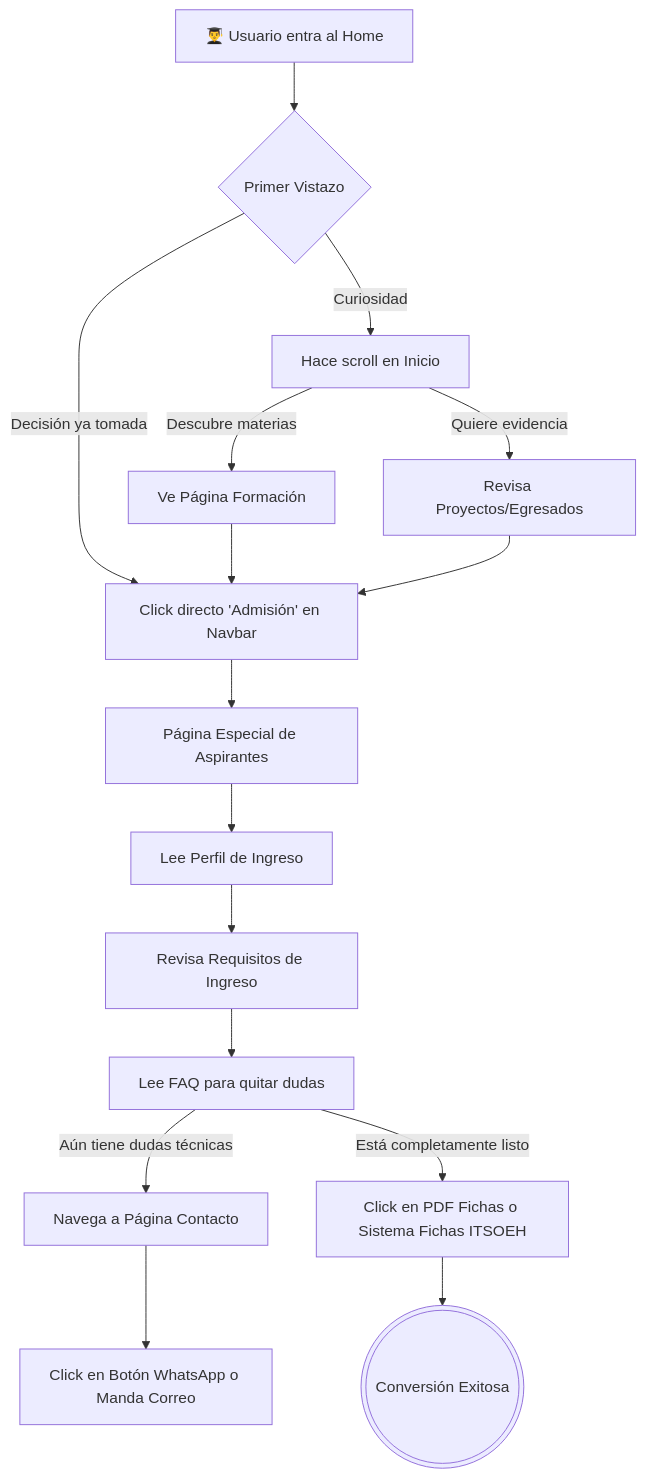
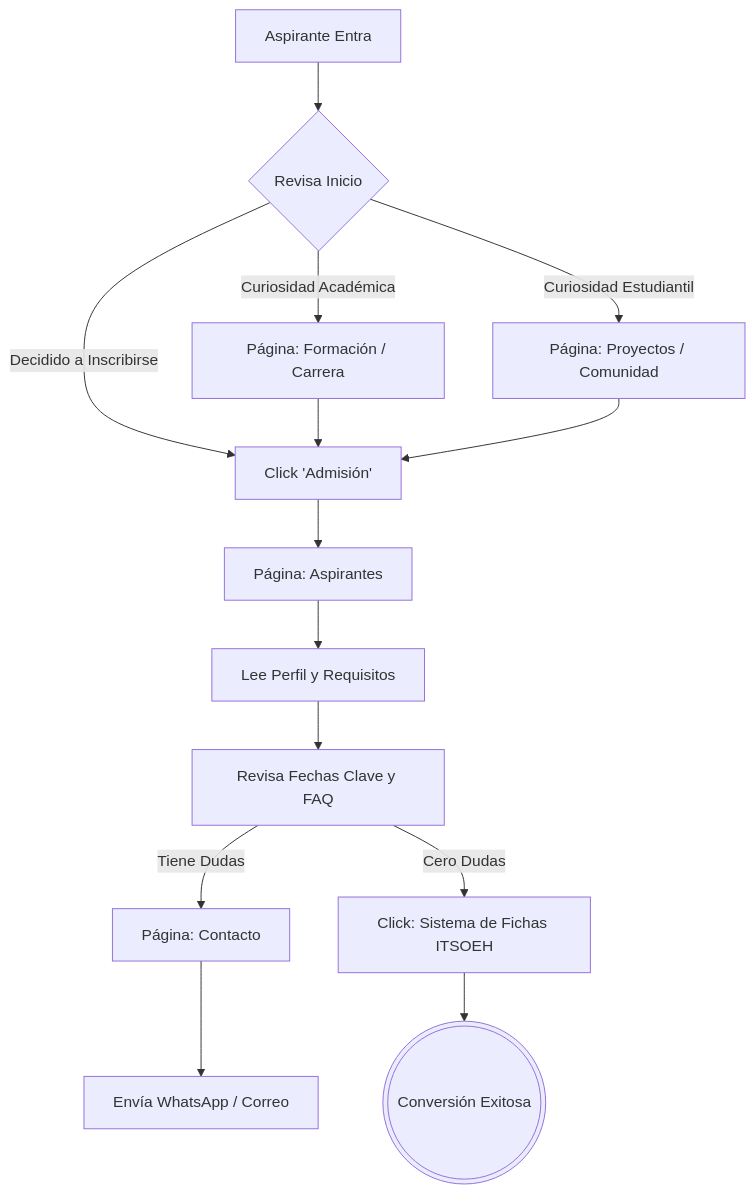
One commit to tics-itsoeh/itics-website changed the fourth of 9 diagrams in docs/diagrams.md. Above: the diagram before and after it, drawn with Mermaid. The commit also changed other lines of this file, not shown here.

Commit message:
docs: expand diagrams collection with specialized maintenance and data flows

````diff
--- a/docs/diagrams.md
+++ b/docs/diagrams.md
@@ -99,24 +106,20 @@
 ```mermaid
 flowchart TD
-    A[👨‍🎓 Usuario entra al Home] --> B{Primer Vistazo}
+    A[Aspirante Entra] --> B{Revisa Inicio}
+    B --> |Curiosidad Académica| C[Página: Formación / Carrera]
+    B --> |Curiosidad Estudiantil| D[Página: Proyectos / Comunidad]
+    B --> |Decidido a Inscribirse| E[Click 'Admisión']
     
-    B --> |Curiosidad| C[Hace scroll en Inicio]
-    C --> |Descubre materias| D[Ve Página Formación]
-    C --> |Quiere evidencia| E[Revisa Proyectos/Egresados]
+    C --> E
+    D --> E
     
-    B --> |Decisión ya tomada| F[Click directo 'Admisión' en Navbar]
+    E --> F[Página: Aspirantes]
+    F --> G[Lee Perfil y Requisitos]
+    G --> H[Revisa Fechas Clave y FAQ]
     
-    D --> F
-    E --> F
+    H --> |Tiene Dudas| I[Página: Contacto]
+    I --> J[Envía WhatsApp / Correo]
     
-    F --> G[Página Especial de Aspirantes]
-    G --> H[Lee Perfil de Ingreso]
-    H --> I[Revisa Requisitos de Ingreso]
-    I --> J[Lee FAQ para quitar dudas]
-    
-    J --> |Aún tiene dudas técnicas| K[Navega a Página Contacto]
-    K --> L[Click en Botón WhatsApp o Manda Correo]
-    
-    J --> |Está completamente listo| M[Click en PDF Fichas o Sistema Fichas ITSOEH]
-    M --> N(((Conversión Exitosa)))
+    H --> |Cero Dudas| K[Click: Sistema de Fichas ITSOEH]
+    K --> L(((Conversión Exitosa)))
 ```
````
